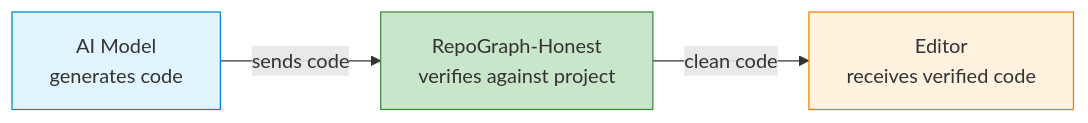
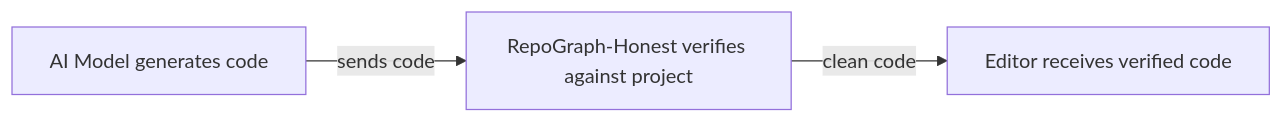
Before and after one commit to Fengrru/repograph-honest-mcp: the first of 2 diagrams in README.md, drawn with Mermaid. The commit also changed other lines of this file, not shown here.

Commit message:
docs: remove color styles from Mermaid diagrams

````diff
--- a/README.md
+++ b/README.md
@@ -29,9 +29,5 @@
 ```mermaid
 graph LR
-    A["AI Model<br/>generates code"] -->|sends code| B["RepoGraph-Honest<br/>verifies against project"]
-    B -->|clean code| C["Editor<br/>receives verified code"]
-
-    style A fill:#e1f5fe,stroke:#0288d1
-    style B fill:#c8e6c9,stroke:#388e3c
-    style C fill:#fff3e0,stroke:#f57c00
+    A["AI Model generates code"] -->|sends code| B["RepoGraph-Honest verifies against project"]
+    B -->|clean code| C["Editor receives verified code"]
 ```
````
